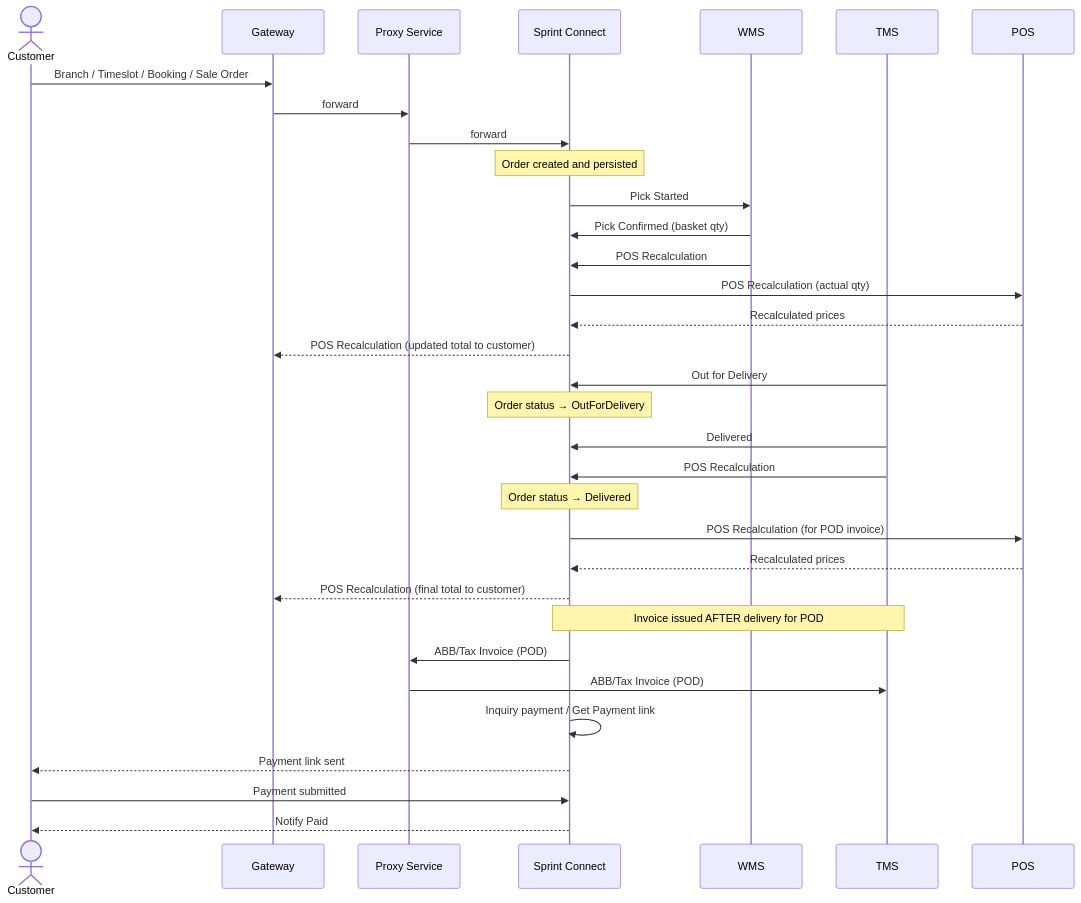
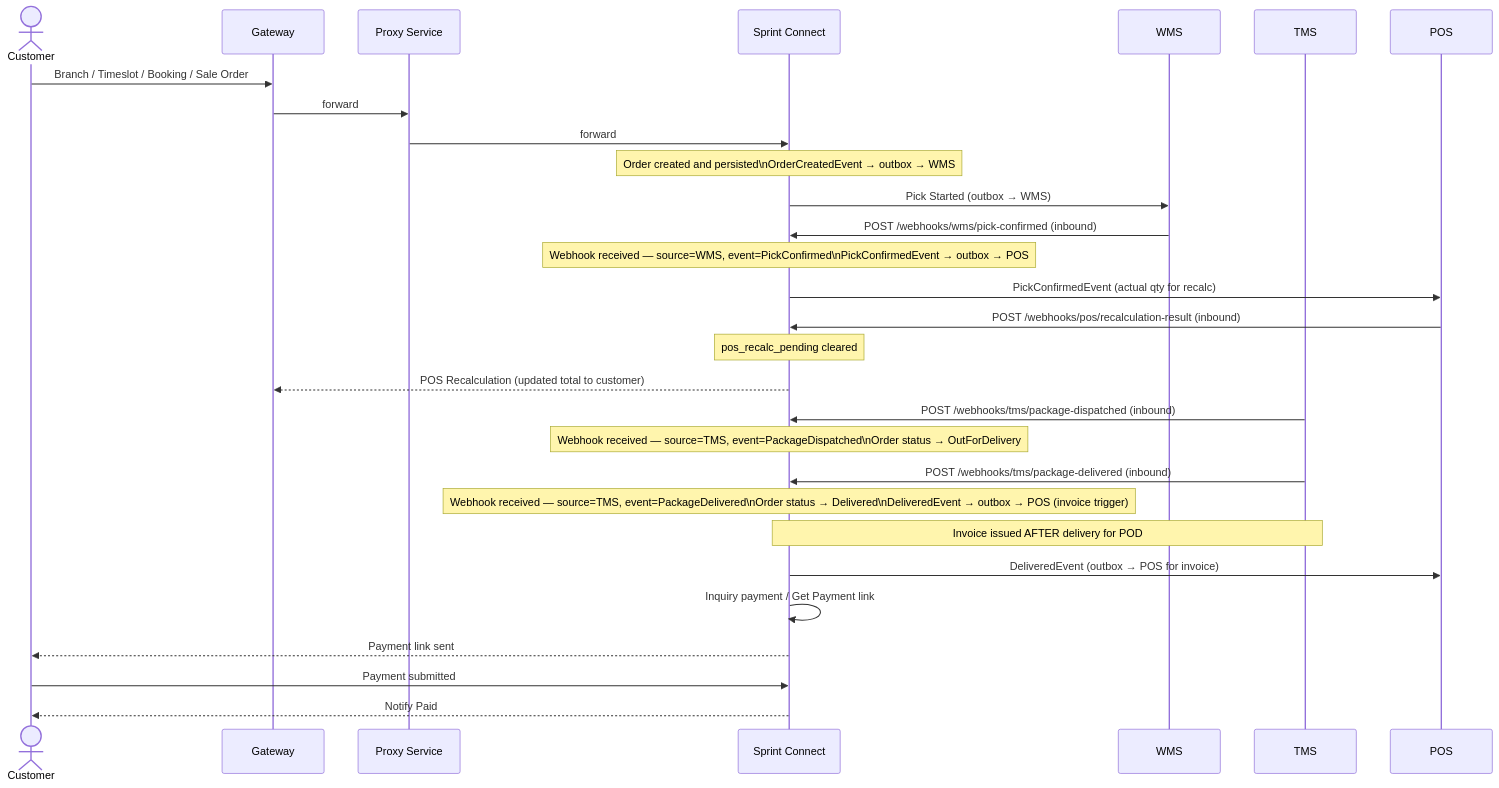
Before and after one commit to rosered11/personal-claude: the second of 24 diagrams in result/oms-sequence-diagrams.md, drawn with Mermaid. The commit also changed other lines of this file and 184 other files, not shown here.

````diff
--- a/result/oms-sequence-diagrams.md
+++ b/result/oms-sequence-diagrams.md
@@ -65,42 +67,38 @@
 ```mermaid
 sequenceDiagram
     actor C as Customer
     participant GW as Gateway
     participant PS as Proxy Service
     participant SC as Sprint Connect
     participant WMS as WMS
     participant TMS as TMS
     participant POS as POS
 
     C->>GW: Branch / Timeslot / Booking / Sale Order
     GW->>PS: forward
     PS->>SC: forward
-    Note over SC: Order created and persisted
+    Note over SC: Order created and persisted\nOrderCreatedEvent → outbox → WMS
 
-    SC->>WMS: Pick Started
-    WMS->>SC: Pick Confirmed (basket qty)
-    WMS->>SC: POS Recalculation
-    SC->>POS: POS Recalculation (actual qty)
-    POS-->>SC: Recalculated prices
+    SC->>WMS: Pick Started (outbox → WMS)
+    WMS->>SC: POST /webhooks/wms/pick-confirmed (inbound)
+    Note over SC: Webhook received — source=WMS, event=PickConfirmed\nPickConfirmedEvent → outbox → POS
+    SC->>POS: PickConfirmedEvent (actual qty for recalc)
+    POS->>SC: POST /webhooks/pos/recalculation-result (inbound)
+    Note over SC: pos_recalc_pending cleared
     SC-->>GW: POS Recalculation (updated total to customer)
 
-    TMS->>SC: Out for Delivery
-    Note over SC: Order status → OutForDelivery
+    TMS->>SC: POST /webhooks/tms/package-dispatched (inbound)
+    Note over SC: Webhook received — source=TMS, event=PackageDispatched\nOrder status → OutForDelivery
 
-    TMS->>SC: Delivered
-    TMS->>SC: POS Recalculation
-    Note over SC: Order status → Delivered
-    SC->>POS: POS Recalculation (for POD invoice)
-    POS-->>SC: Recalculated prices
-    SC-->>GW: POS Recalculation (final total to customer)
+    TMS->>SC: POST /webhooks/tms/package-delivered (inbound)
+    Note over SC: Webhook received — source=TMS, event=PackageDelivered\nOrder status → Delivered\nDeliveredEvent → outbox → POS (invoice trigger)
 
     Note over SC,TMS: Invoice issued AFTER delivery for POD
-    SC->>PS: ABB/Tax Invoice (POD)
-    PS->>TMS: ABB/Tax Invoice (POD)
+    SC->>POS: DeliveredEvent (outbox → POS for invoice)
 
     SC->>SC: Inquiry payment / Get Payment link
     SC-->>C: Payment link sent
 
     C->>SC: Payment submitted
     SC-->>C: Notify Paid
 ```
````
